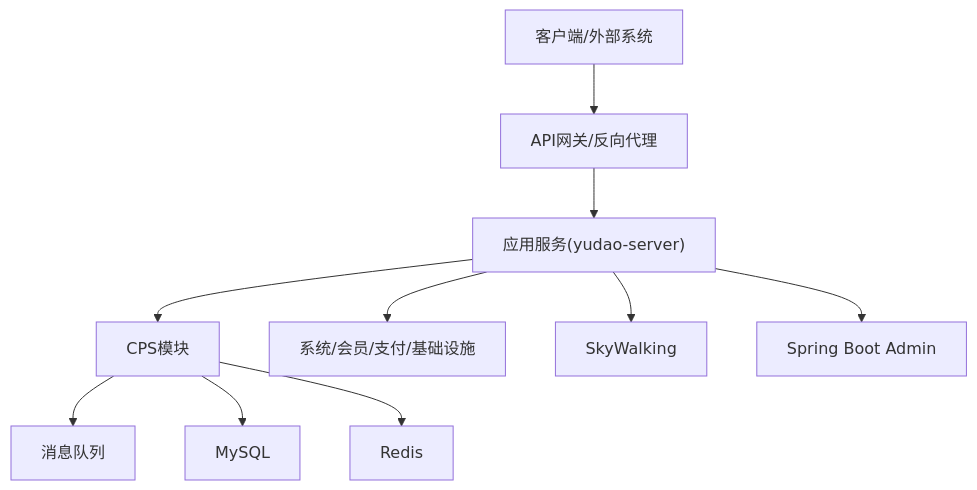
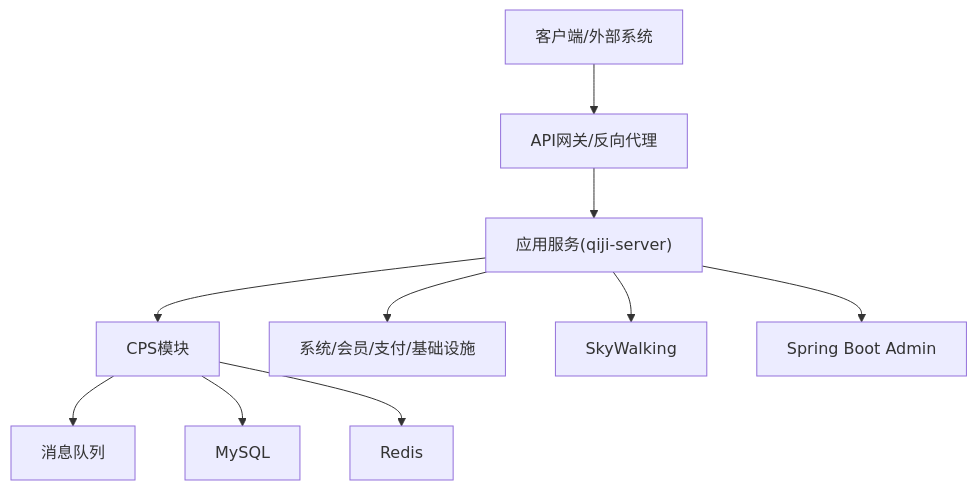
Before and after one commit to zhuangpengLI/AgenticCPS: the second of 7 diagrams in backend/.qoder/repowiki/zh/content/开发指南/调试与问题排查.md, drawn with Mermaid. The commit also changed other lines of this file and 3489 other files, not shown here.

````diff
--- a/backend/.qoder/repowiki/zh/content/开发指南/调试与问题排查.md
+++ b/backend/.qoder/repowiki/zh/content/开发指南/调试与问题排查.md
@@ -100,21 +100,21 @@
 ```mermaid
 graph TB
 Client["客户端/外部系统"]
 API["API网关/反向代理"]
-App["应用服务(yudao-server)"]
+App["应用服务(qiji-server)"]
 CPS["CPS模块"]
 SYS["系统/会员/支付/基础设施"]
 MQ["消息队列"]
 DB["MySQL"]
 Cache["Redis"]
 SW["SkyWalking"]
 SBA["Spring Boot Admin"]
 Client --> API --> App
 App --> CPS
 App --> SYS
 CPS --> MQ
 CPS --> DB
 CPS --> Cache
 App --> SW
 App --> SBA
 ```
````
